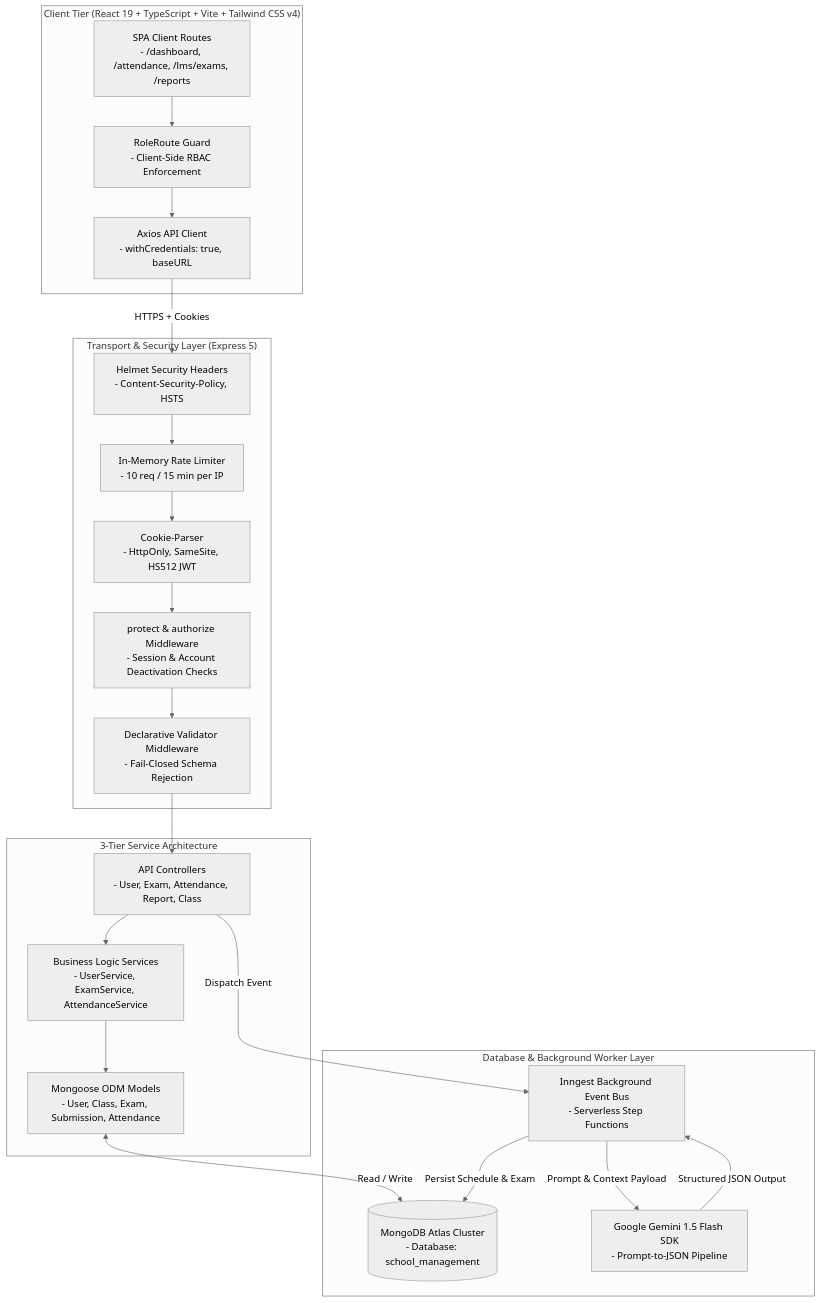
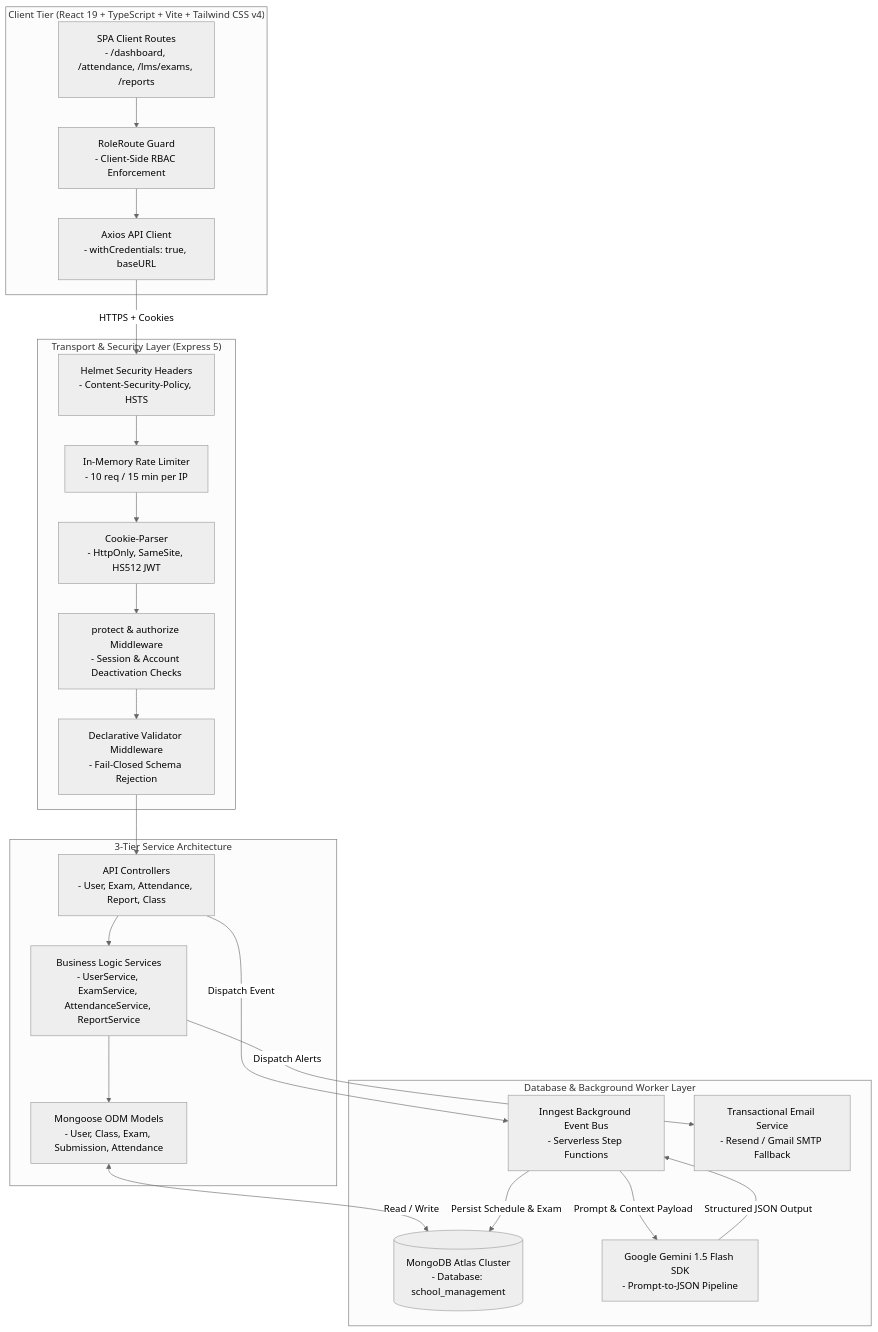
The first of 2 diagrams in readme.md (Sekhar01807/School-Management), drawn with Mermaid (neutral theme) before and after one commit. The commit also changed other lines of this file and 65 other files, not shown here.

````diff
--- a/readme.md
+++ b/readme.md
@@ -204,54 +221,57 @@
 ```mermaid
 flowchart TD
     subgraph ClientTier ["Client Tier (React 19 + TypeScript + Vite + Tailwind CSS v4)"]
         UI["SPA Client Routes
 - /dashboard, /attendance, /lms/exams, /reports"]
         RoleGuard["RoleRoute Guard
 - Client-Side RBAC Enforcement"]
         AxiosClient["Axios API Client
 - withCredentials: true, baseURL"]
         UI --> RoleGuard --> AxiosClient
     end
 
     subgraph SecurityTransport ["Transport & Security Layer (Express 5)"]
         HelmetMid["Helmet Security Headers
 - Content-Security-Policy, HSTS"]
         RateLimiter["In-Memory Rate Limiter
 - 10 req / 15 min per IP"]
         CookieParser["Cookie-Parser
 - HttpOnly, SameSite, HS512 JWT"]
         AuthMiddleware["protect & authorize Middleware
 - Session & Account Deactivation Checks"]
         ValidationPipe["Declarative Validator Middleware
 - Fail-Closed Schema Rejection"]
         
         AxiosClient -->|"HTTPS + Cookies"| HelmetMid
         HelmetMid --> RateLimiter --> CookieParser --> AuthMiddleware --> ValidationPipe
     end
 
     subgraph ServiceLayer ["3-Tier Service Architecture"]
         Controllers["API Controllers
 - User, Exam, Attendance, Report, Class"]
         Services["Business Logic Services
-- UserService, ExamService, AttendanceService"]
+- UserService, ExamService, AttendanceService, ReportService"]
         MongooseModels["Mongoose ODM Models
 - User, Class, Exam, Submission, Attendance"]
         
         ValidationPipe --> Controllers --> Services --> MongooseModels
     end
 
     subgraph DataAndAI ["Database & Background Worker Layer"]
         MongoDB[("MongoDB Atlas Cluster
 - Database: school_management")]
         InngestWorker["Inngest Background Event Bus
 - Serverless Step Functions"]
         GeminiAI["Google Gemini 1.5 Flash SDK
 - Prompt-to-JSON Pipeline"]
+        EmailService["Transactional Email Service
+- Resend / Gmail SMTP Fallback"]
         
         MongooseModels <-->|"Read / Write"| MongoDB
         Controllers -->|"Dispatch Event"| InngestWorker
         InngestWorker -->|"Prompt & Context Payload"| GeminiAI
         GeminiAI -->|"Structured JSON Output"| InngestWorker
         InngestWorker -->|"Persist Schedule & Exam"| MongoDB
+        Services -->|"Dispatch Alerts"| EmailService
     end
 ```
````
